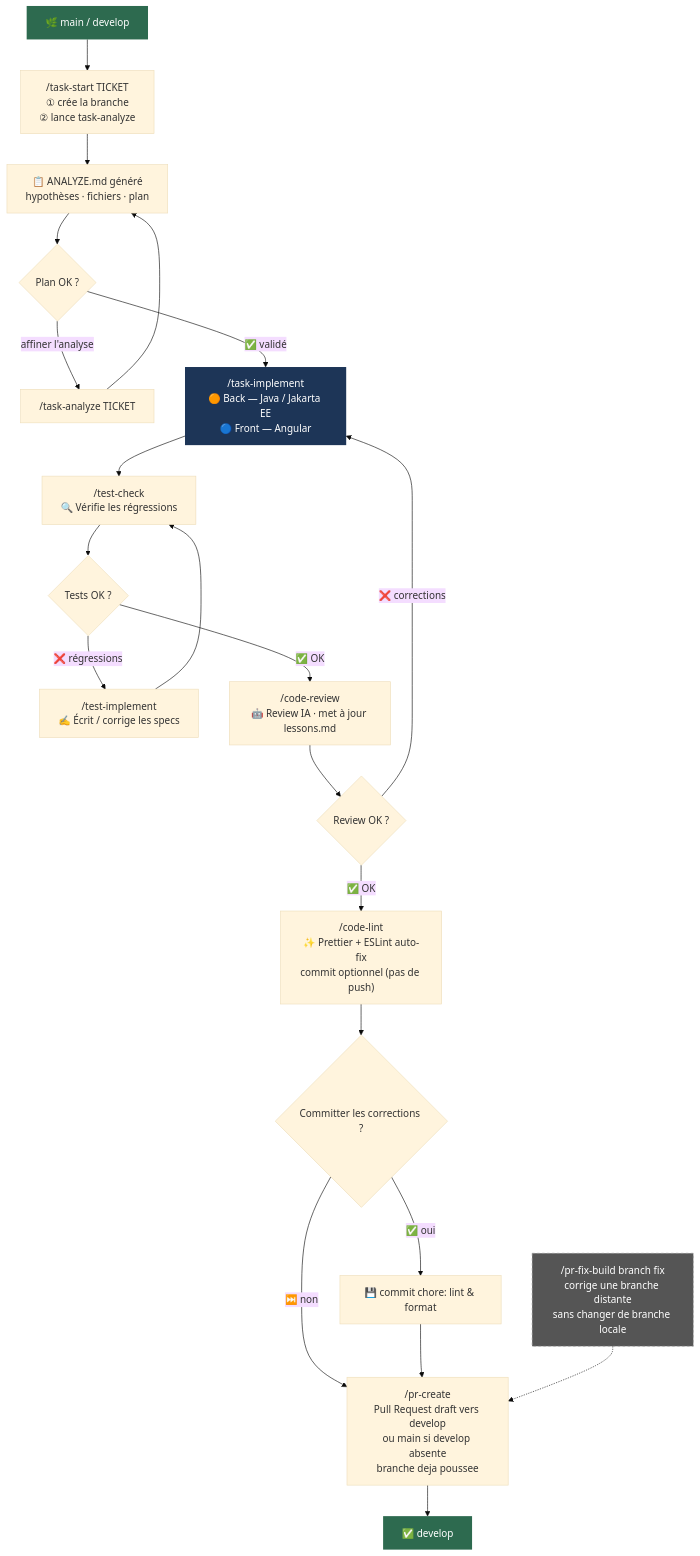
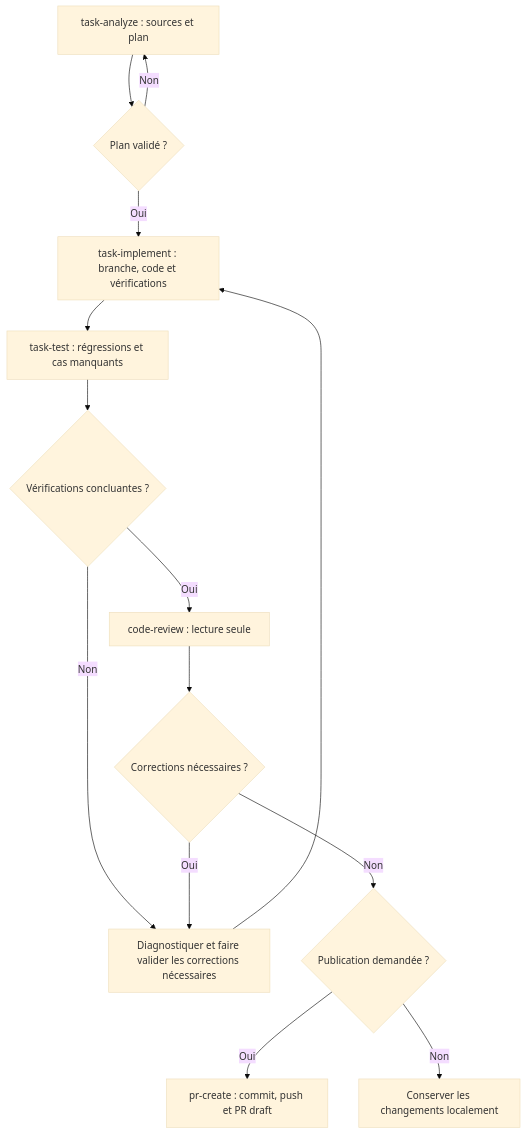
One commit to tomsoulage-dedalus/presc-workflows-tools changed the diagram in skills/README.md. Above: the diagram before and after it, drawn with Mermaid (base theme). The commit also changed other lines of this file and 15 other files, not shown here.

````diff
--- a/skills/README.md
+++ b/skills/README.md
@@ -170,58 +37,16 @@
 ```mermaid
 flowchart TD
-  START["🌿 main / develop"]
-
-  START --> ST["/task-start TICKET
-① crée la branche
-② lance task-analyze"]
-
-ST --> ANALYZE["📋 ANALYZE.md généré
-hypothèses · fichiers · plan"]
-
-ANALYZE --> VALID{"Plan OK ?"}
-VALID -- "affiner l'analyse" --> JA["/task-analyze TICKET"]
-JA --> ANALYZE
-
-VALID -- "✅ validé" --> IMPL["/task-implement
-🟠 Back — Java / Jakarta EE
-🔵 Front — Angular"]
-
-IMPL --> TCHECK["/test-check
-🔍 Vérifie les régressions"]
-
-TCHECK --> TCHECK_OK{"Tests OK ?"}
-TCHECK_OK -- "❌ régressions" --> TIMPL["/test-implement
-✍️ Écrit / corrige les specs"]
-TIMPL --> TCHECK
-TCHECK_OK -- "✅ OK" --> REVIEW["/code-review
-🤖 Review IA · met à jour lessons.md"]
-
-REVIEW --> REVIEW_OK{"Review OK ?"}
-REVIEW_OK -- "❌ corrections" --> IMPL
-REVIEW_OK -- "✅ OK" --> LINT["/code-lint
-✨ Prettier + ESLint auto-fix
-commit optionnel (pas de push)"]
-
-LINT --> LINT_COMMIT{"Committer les corrections ?"}
-LINT_COMMIT -- "✅ oui" --> LINT_DONE["💾 commit chore: lint & format"]
-LINT_COMMIT -- "⏭️ non" --> PR
-LINT_DONE --> PR
-
-PR["/pr-create
-Pull Request draft vers develop
-ou main si develop absente
-branche deja poussee"]
-
-PR --> DONE
-
-DONE["✅ develop"]
-
-FIX["/pr-fix-build branch fix
-corrige une branche distante
-sans changer de branche locale"] -.-> PR
-
-    style START fill:#2d6a4f,color:#fff,stroke:none
-    style DONE  fill:#2d6a4f,color:#fff,stroke:none
-    style IMPL  fill:#1d3557,color:#fff,stroke:none
-    style FIX   fill:#555,color:#fff,stroke:#999,stroke-dasharray:4
+    ANALYZE["task-analyze : sources et plan"] --> APPROVAL{"Plan validé ?"}
+    APPROVAL -- Non --> ANALYZE
+    APPROVAL -- Oui --> IMPLEMENT["task-implement : branche, code et vérifications"]
+    IMPLEMENT --> TEST["task-test : régressions et cas manquants"]
+    TEST --> TEST_OK{"Vérifications concluantes ?"}
+    TEST_OK -- Non --> DIAGNOSE["Diagnostiquer et faire valider les corrections nécessaires"]
+    DIAGNOSE --> IMPLEMENT
+    TEST_OK -- Oui --> REVIEW["code-review : lecture seule"]
+    REVIEW --> REVIEW_OK{"Corrections nécessaires ?"}
+    REVIEW_OK -- Oui --> DIAGNOSE
+    REVIEW_OK -- Non --> PUBLISH{"Publication demandée ?"}
+    PUBLISH -- Oui --> PR["pr-create : commit, push et PR draft"]
+    PUBLISH -- Non --> STOP["Conserver les changements localement"]
 ```
````
